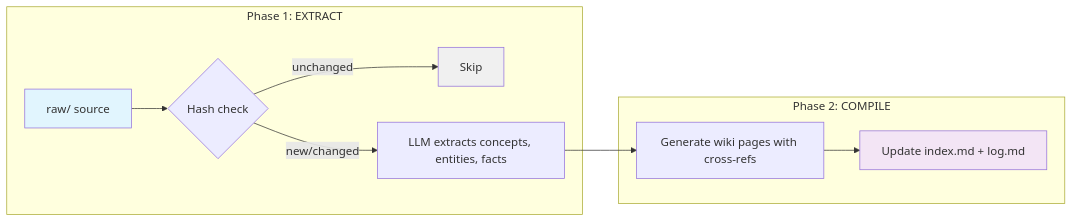
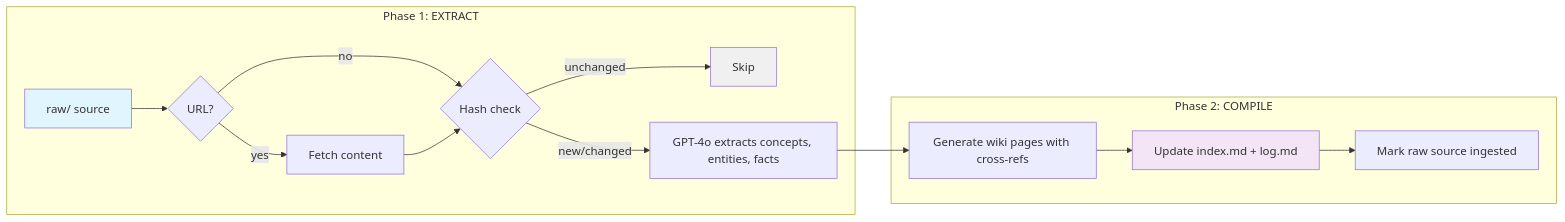
One commit to jbl306/labs-wiki changed the second of 3 diagrams in docs/architecture.md. Above: the diagram before and after it, drawn with Mermaid. The commit also changed other lines of this file and 5 other files, not shown here.

````diff
--- a/docs/architecture.md
+++ b/docs/architecture.md
@@ -72,17 +74,21 @@
 ```mermaid
 flowchart LR
     subgraph "Phase 1: EXTRACT"
-        RAW[raw/ source] --> HASH{Hash check}
+        RAW[raw/ source] --> FETCH{URL?}
+        FETCH -->|yes| GET[Fetch content]
+        FETCH -->|no| HASH
+        GET --> HASH{Hash check}
         HASH -->|unchanged| SKIP[Skip]
-        HASH -->|new/changed| EXTRACT[LLM extracts concepts, entities, facts]
+        HASH -->|new/changed| EXTRACT[GPT-4o extracts concepts, entities, facts]
     end
 
     subgraph "Phase 2: COMPILE"
         EXTRACT --> GEN[Generate wiki pages with cross-refs]
         GEN --> IDX[Update index.md + log.md]
+        IDX --> STATUS[Mark raw source ingested]
     end
 
     style SKIP fill:#f0f0f0
     style RAW fill:#e1f5fe
     style IDX fill:#f3e5f5
 ```
````
